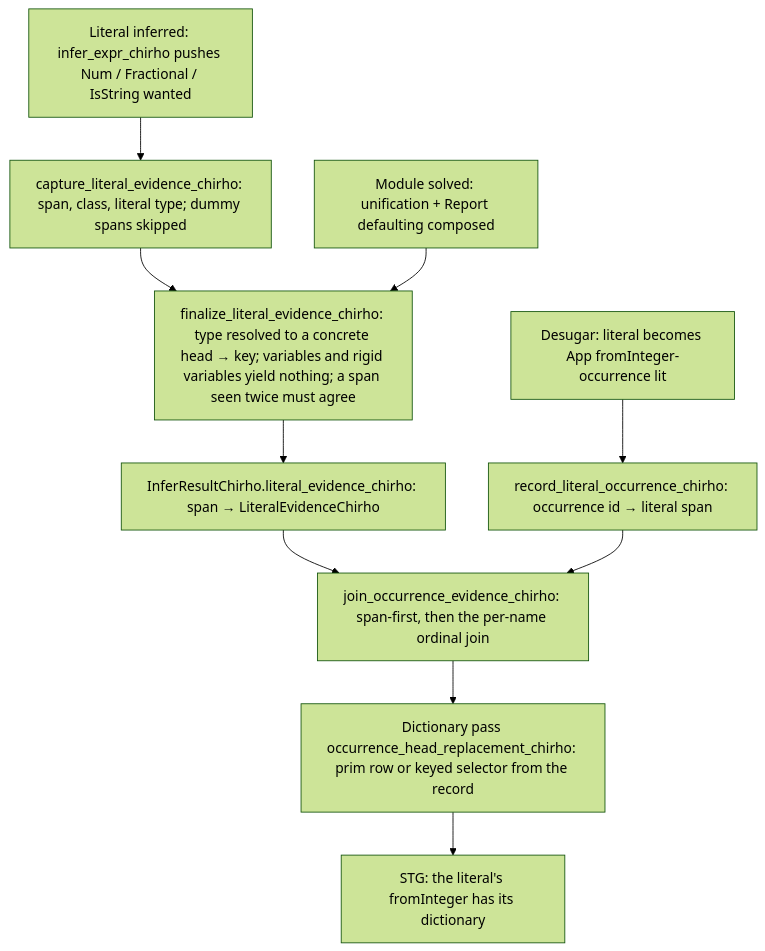
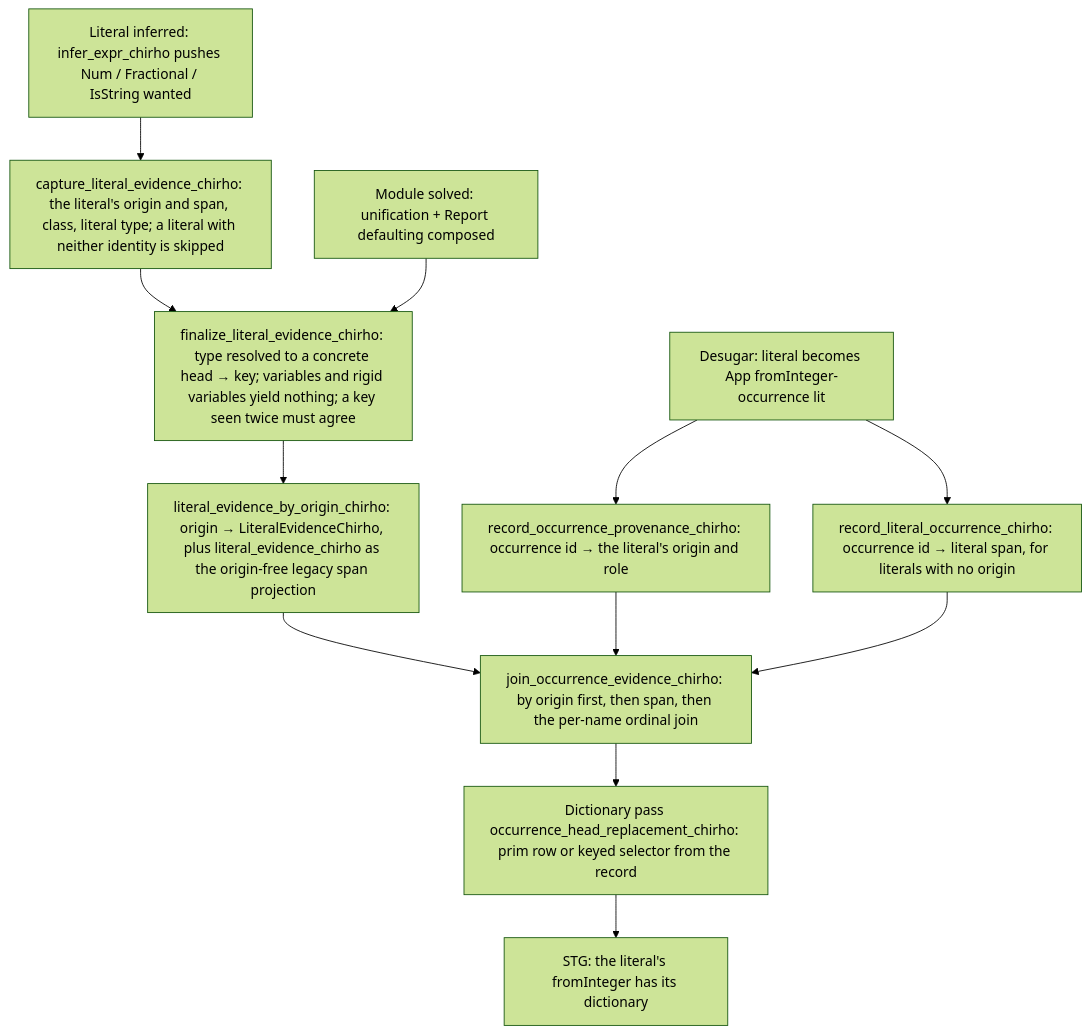
The first of 4 diagrams in spec-chirho/workflows-chirho/language-features-chirho/dictionary-evidence-chirho.md (loveJesus/haskelujah-chirho), drawn with Mermaid (forest theme) before and after one commit. The commit also changed other lines of this file, not shown here.

First line of the commit message:
docs(evidence): the literal channel is keyed by origin, and says where patterns stand

````diff
--- a/spec-chirho/workflows-chirho/language-features-chirho/dictionary-evidence-chirho.md
+++ b/spec-chirho/workflows-chirho/language-features-chirho/dictionary-evidence-chirho.md
@@ -12,15 +12,17 @@
 ```mermaid
 flowchart TD
     lit_chirho[Literal inferred: infer_expr_chirho pushes Num / Fractional / IsString wanted]
-    lit_chirho --> capture_chirho[capture_literal_evidence_chirho: span, class, literal type; dummy spans skipped]
+    lit_chirho --> capture_chirho[capture_literal_evidence_chirho: the literal's origin and span, class, literal type; a literal with neither identity is skipped]
     solve_chirho[Module solved: unification + Report defaulting composed]
-    capture_chirho --> finalize_chirho[finalize_literal_evidence_chirho: type resolved to a concrete head → key; variables and rigid variables yield nothing; a span seen twice must agree]
+    capture_chirho --> finalize_chirho[finalize_literal_evidence_chirho: type resolved to a concrete head → key; variables and rigid variables yield nothing; a key seen twice must agree]
     solve_chirho --> finalize_chirho
-    finalize_chirho --> result_chirho[InferResultChirho.literal_evidence_chirho: span → LiteralEvidenceChirho]
+    finalize_chirho --> result_chirho[literal_evidence_by_origin_chirho: origin → LiteralEvidenceChirho, plus literal_evidence_chirho as the origin-free legacy span projection]
     desugar_chirho[Desugar: literal becomes App fromInteger-occurrence lit]
-    desugar_chirho --> spans_chirho[record_literal_occurrence_chirho: occurrence id → literal span]
-    result_chirho --> join_chirho[join_occurrence_evidence_chirho: span-first, then the per-name ordinal join]
+    desugar_chirho --> prov_chirho[record_occurrence_provenance_chirho: occurrence id → the literal's origin and role]
+    desugar_chirho --> spans_chirho[record_literal_occurrence_chirho: occurrence id → literal span, for literals with no origin]
+    result_chirho --> join_chirho[join_occurrence_evidence_chirho: by origin first, then span, then the per-name ordinal join]
+    prov_chirho --> join_chirho
     spans_chirho --> join_chirho
     join_chirho --> pass_chirho[Dictionary pass occurrence_head_replacement_chirho: prim row or keyed selector from the record]
     pass_chirho --> stg_chirho[STG: the literal's fromInteger has its dictionary]
 ```
````
